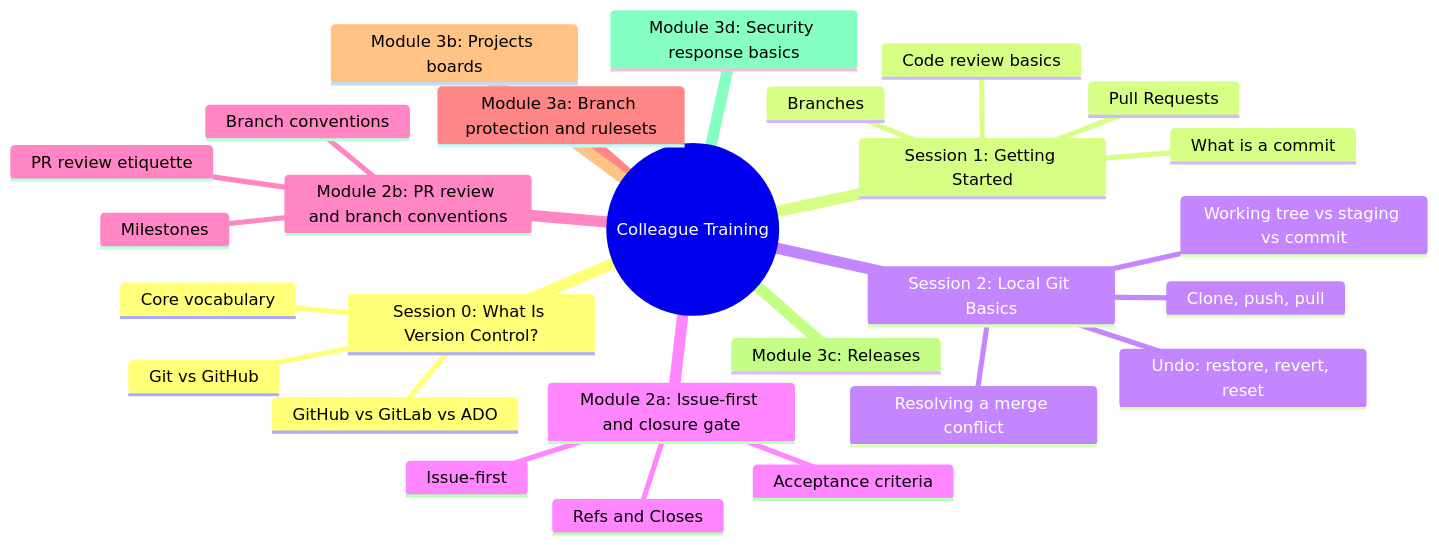
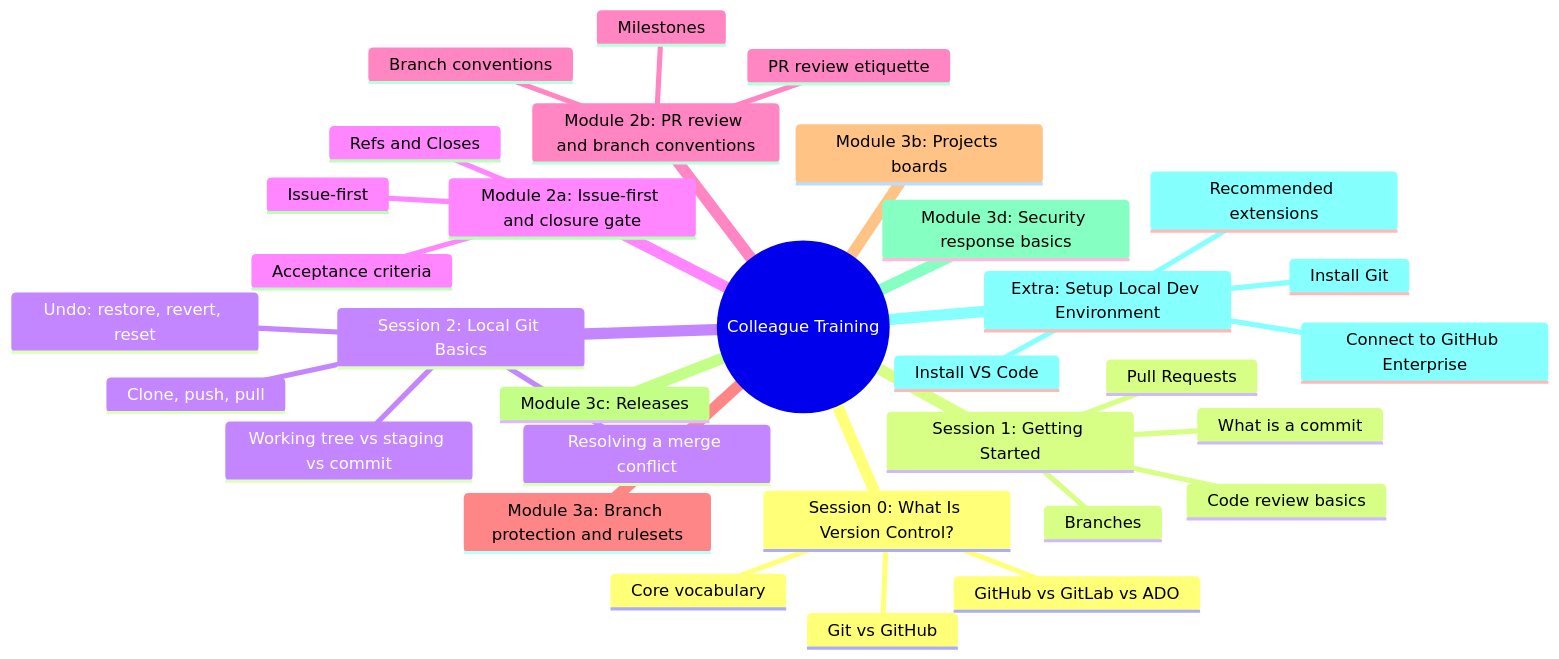
Before and after one commit to JeanKadang/DOC-GitHub-Practice-Skills: the second of 2 diagrams in education/README.md, drawn with Mermaid. The commit also changed other lines of this file and 2 other files, not shown here.

First line of the commit message:
docs: add Extra-tier local dev environment setup module

````diff
--- a/education/README.md
+++ b/education/README.md
@@ -67,30 +71,35 @@
 ```mermaid
 mindmap
   root((Colleague Training))
     Session 0: What Is Version Control?
       Git vs GitHub
       Core vocabulary
       GitHub vs GitLab vs ADO
     Session 1: Getting Started
       What is a commit
       Branches
       Pull Requests
       Code review basics
     Session 2: Local Git Basics
       Working tree vs staging vs commit
       Clone, push, pull
       Resolving a merge conflict
       Undo: restore, revert, reset
     Module 2a: Issue-first and closure gate
       Issue-first
       Refs and Closes
       Acceptance criteria
     Module 2b: PR review and branch conventions
       PR review etiquette
       Branch conventions
       Milestones
     Module 3a: Branch protection and rulesets
     Module 3b: Projects boards
     Module 3c: Releases
     Module 3d: Security response basics
+    Extra: Setup Local Dev Environment
+      Install Git
+      Install VS Code
+      Connect to GitHub Enterprise
+      Recommended extensions
 ```
````
